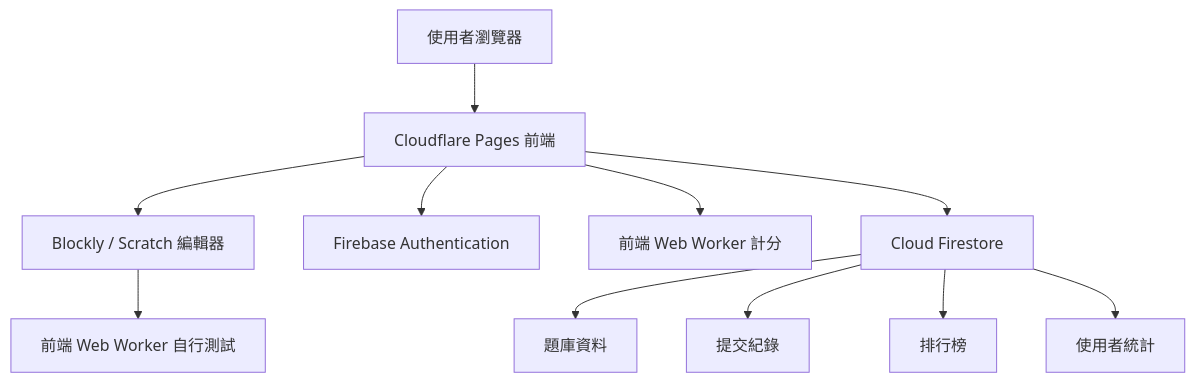
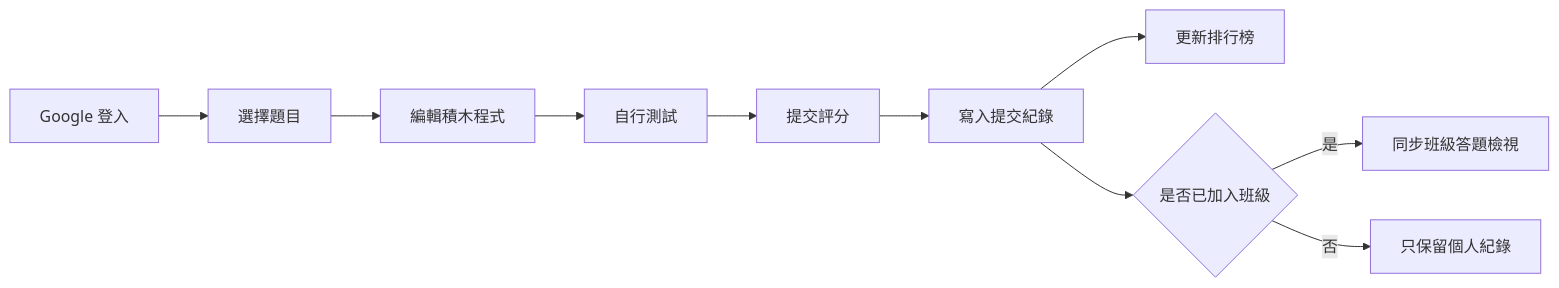
The first of 3 diagrams in software-spec.md (ychiechao/ilanICTExam), drawn with Mermaid before and after one commit. The commit also changed other lines of this file and 21 other files, not shown here.

````diff
--- a/software-spec.md
+++ b/software-spec.md
@@ -69,13 +535,12 @@
 ```mermaid
-flowchart TD
-  A["使用者瀏覽器"] --> B["Cloudflare Pages 前端"]
-  B --> C["Blockly / Scratch 編輯器"]
-  C --> D["前端 Web Worker 自行測試"]
-  B --> E["Firebase Authentication"]
-  B --> F["前端 Web Worker 計分"]
-  B --> H["Cloud Firestore"]
-  H --> I["題庫資料"]
-  H --> J["提交紀錄"]
-  H --> K["排行榜"]
-  H --> L["使用者統計"]
+flowchart LR
+  A[Google 登入] --> B[選擇題目]
+  B --> C[編輯積木程式]
+  C --> D[自行測試]
+  D --> E[提交評分]
+  E --> F[寫入提交紀錄]
+  F --> G[更新排行榜]
+  F --> H{是否已加入班級}
+  H -- 是 --> I[同步班級答題檢視]
+  H -- 否 --> J[只保留個人紀錄]
 ```
````
